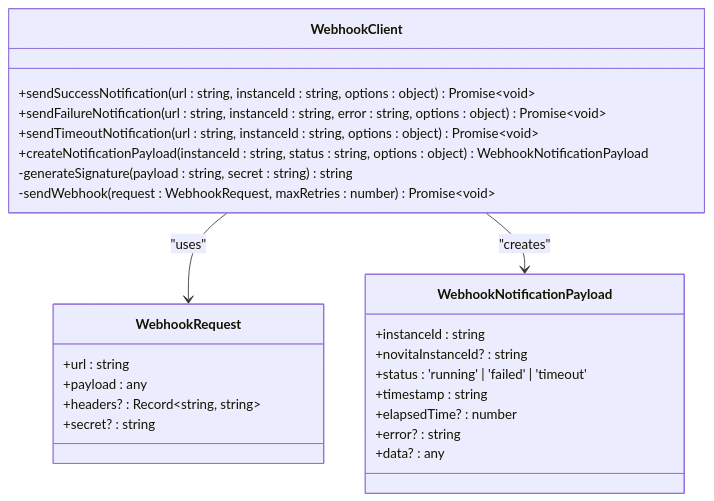
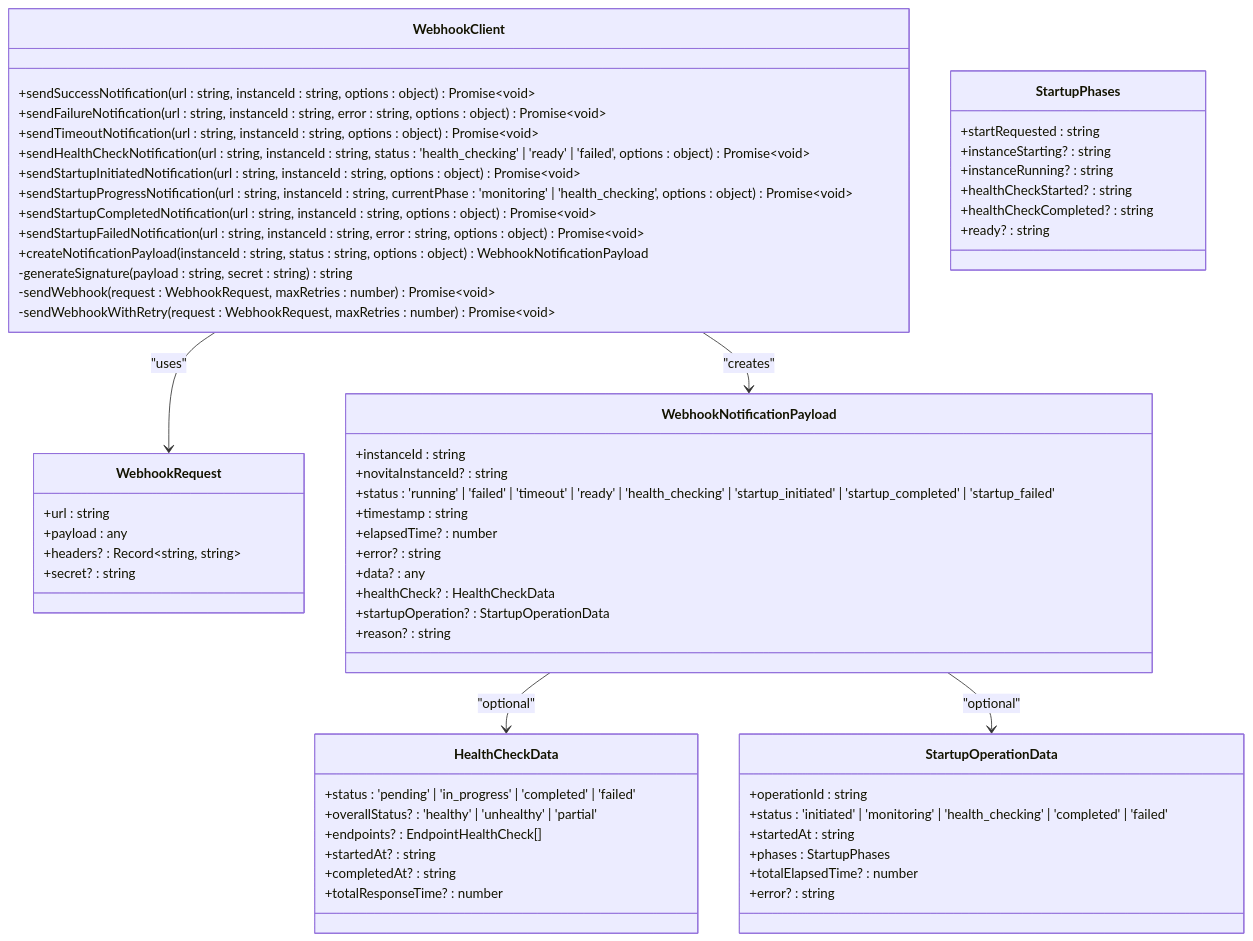
Before and after one commit to sontl/novita-ai-api: the first of 10 diagrams in .qoder/repowiki/en/content/External Integrations/Webhook Notification System.md, drawn with Mermaid. The commit also changed other lines of this file and 76 other files, not shown here.

````diff
--- a/.qoder/repowiki/en/content/External Integrations/Webhook Notification System.md
+++ b/.qoder/repowiki/en/content/External Integrations/Webhook Notification System.md
@@ -31,28 +43,63 @@
 ```mermaid
 classDiagram
 class WebhookClient {
 +sendSuccessNotification(url : string, instanceId : string, options : object) Promise~void~
 +sendFailureNotification(url : string, instanceId : string, error : string, options : object) Promise~void~
 +sendTimeoutNotification(url : string, instanceId : string, options : object) Promise~void~
++sendHealthCheckNotification(url : string, instanceId : string, status : 'health_checking' | 'ready' | 'failed', options : object) Promise~void~
++sendStartupInitiatedNotification(url : string, instanceId : string, options : object) Promise~void~
++sendStartupProgressNotification(url : string, instanceId : string, currentPhase : 'monitoring' | 'health_checking', options : object) Promise~void~
++sendStartupCompletedNotification(url : string, instanceId : string, options : object) Promise~void~
++sendStartupFailedNotification(url : string, instanceId : string, error : string, options : object) Promise~void~
 +createNotificationPayload(instanceId : string, status : string, options : object) WebhookNotificationPayload
 -generateSignature(payload : string, secret : string) string
 -sendWebhook(request : WebhookRequest, maxRetries : number) Promise~void~
+-sendWebhookWithRetry(request : WebhookRequest, maxRetries : number) Promise~void~
 }
 class WebhookRequest {
 +url : string
 +payload : any
 +headers? : Record~string, string~
 +secret? : string
 }
 class WebhookNotificationPayload {
 +instanceId : string
 +novitaInstanceId? : string
-+status : 'running' | 'failed' | 'timeout'
++status : 'running' | 'failed' | 'timeout' | 'ready' | 'health_checking' | 'startup_initiated' | 'startup_completed' | 'startup_failed'
 +timestamp : string
 +elapsedTime? : number
 +error? : string
 +data? : any
++healthCheck? : HealthCheckData
++startupOperation? : StartupOperationData
++reason? : string
+}
+class HealthCheckData {
++status : 'pending' | 'in_progress' | 'completed' | 'failed'
++overallStatus? : 'healthy' | 'unhealthy' | 'partial'
++endpoints? : EndpointHealthCheck[]
++startedAt? : string
++completedAt? : string
++totalResponseTime? : number
+}
+class StartupOperationData {
++operationId : string
++status : 'initiated' | 'monitoring' | 'health_checking' | 'completed' | 'failed'
++startedAt : string
++phases : StartupPhases
++totalElapsedTime? : number
++error? : string
+}
+class StartupPhases {
++startRequested : string
++instanceStarting? : string
++instanceRunning? : string
++healthCheckStarted? : string
++healthCheckCompleted? : string
++ready? : string
 }
 WebhookClient --> WebhookRequest : "uses"
 WebhookClient --> WebhookNotificationPayload : "creates"
+WebhookNotificationPayload --> HealthCheckData : "optional"
+WebhookNotificationPayload --> StartupOperationData : "optional"
 ```
````
